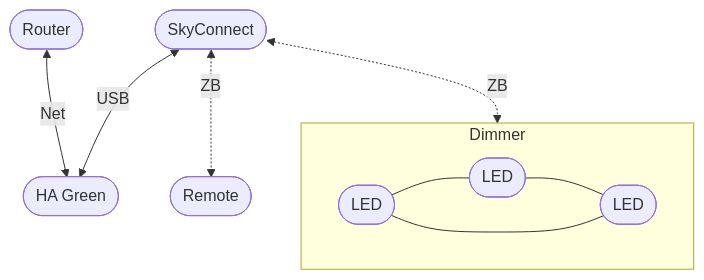
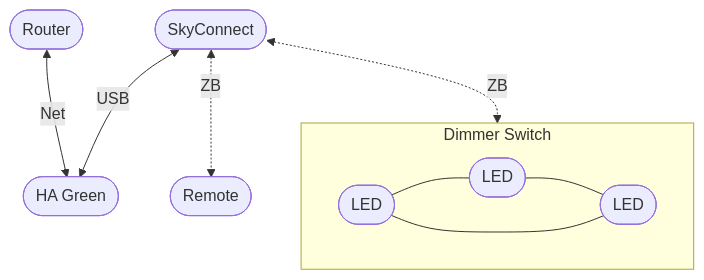
Before and after one commit to freenandes/topo-da-mente: the diagram in content/note/connected-home-switches.md, drawn with Mermaid.

Commit message:
Dec 14, 2023, 10:19 PM

````diff
--- a/content/note/connected-home-switches.md
+++ b/content/note/connected-home-switches.md
@@ -55,13 +55,13 @@
 ```mermaid
 flowchart TB
 iro([Router]) <--Net--> has
 has([HA Green])
 sky([SkyConnect]) <--USB--> has
 sky <-.ZB.-> szr([Remote])
 sky <-.ZB.-> zds
-subgraph zds[Dimmer]
+subgraph zds[Dimmer Switch]
     ll1([LED]) ---
     ll2([LED]) ---
     ll3([LED]) --- ll1
 end 
 ```
````
